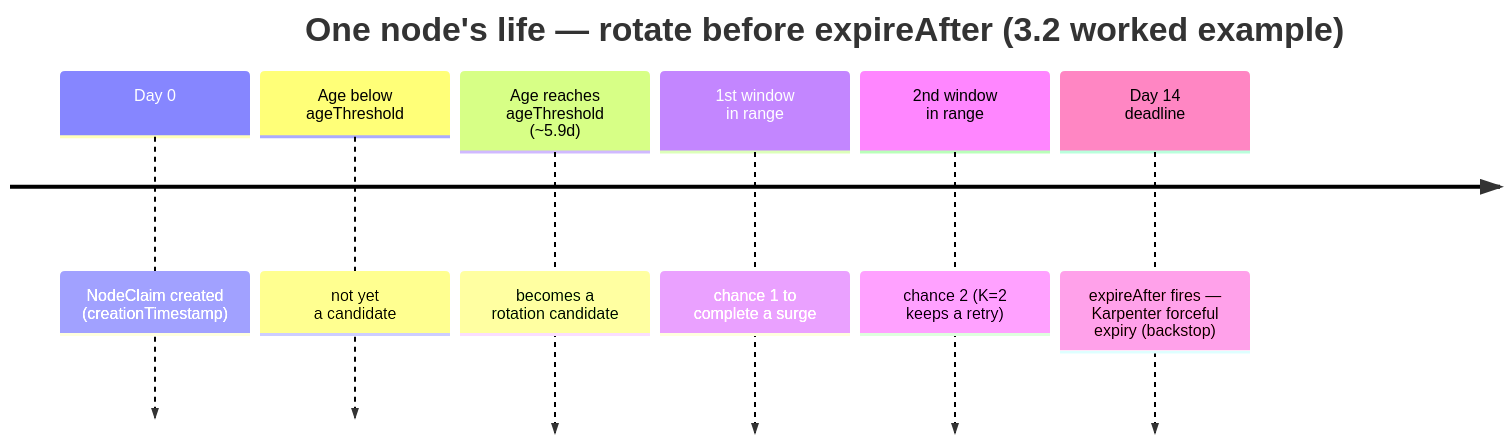
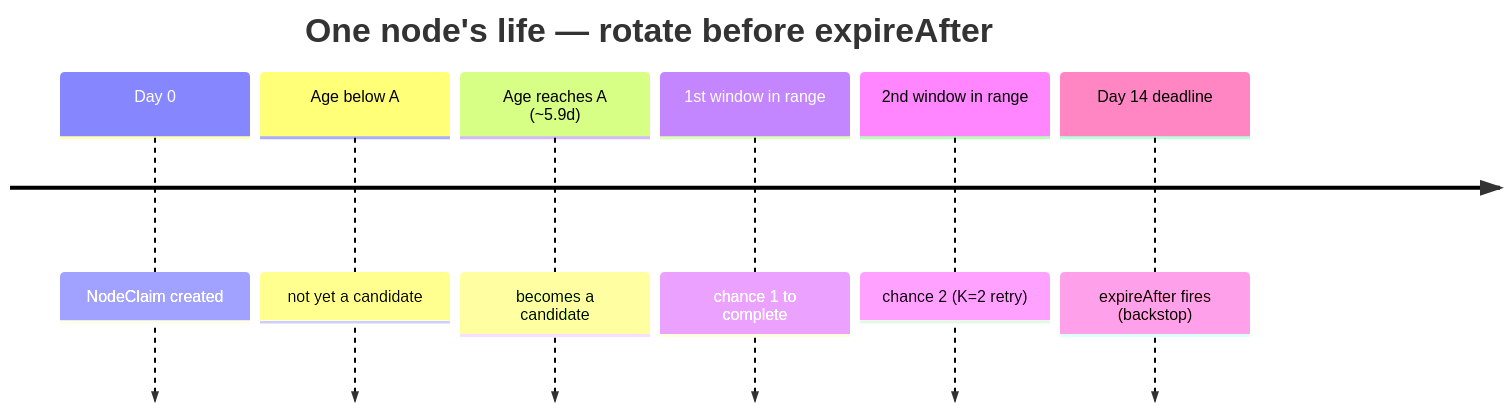
The second of 4 diagrams in docs/specification/03-design.md (AkashiSN/node-rotation-controller), drawn with Mermaid before and after one commit. The commit also changed other lines of this file and 37 other files, not shown here.

````diff
--- a/docs/specification/03-design.md
+++ b/docs/specification/03-design.md
@@ -46,10 +86,10 @@
 ```mermaid
 timeline
-    title One node's life — rotate before expireAfter (3.2 worked example)
-    Day 0 : NodeClaim created<br>(creationTimestamp)
-    Age below<br>ageThreshold : not yet<br>a candidate
-    Age reaches<br>ageThreshold (~5.9d) : becomes a<br>rotation candidate
-    1st window<br>in range : chance 1 to<br>complete a surge
-    2nd window<br>in range : chance 2 (K=2<br>keeps a retry)
-    Day 14<br>deadline : expireAfter fires —<br>Karpenter forceful<br>expiry (backstop)
+    title One node's life — rotate before expireAfter
+    Day 0 : NodeClaim created
+    Age below A : not yet a candidate
+    Age reaches A (~5.9d) : becomes a candidate
+    1st window in range : chance 1 to complete
+    2nd window in range : chance 2 (K=2 retry)
+    Day 14 deadline : expireAfter fires (backstop)
 ```
````
